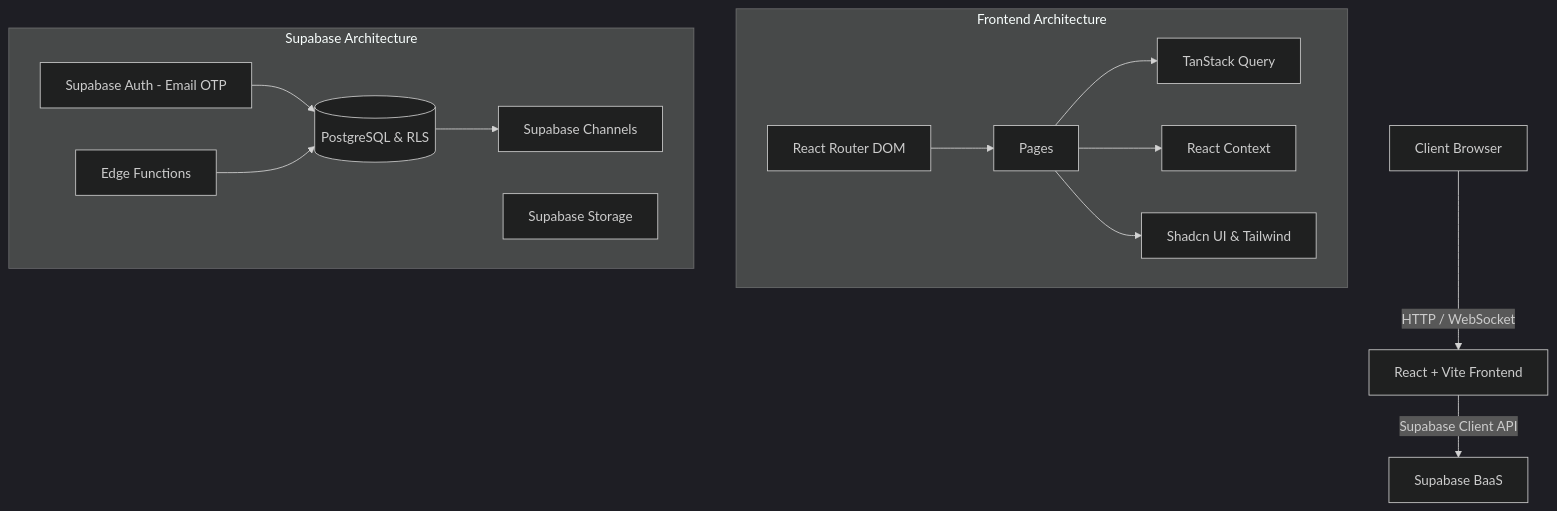
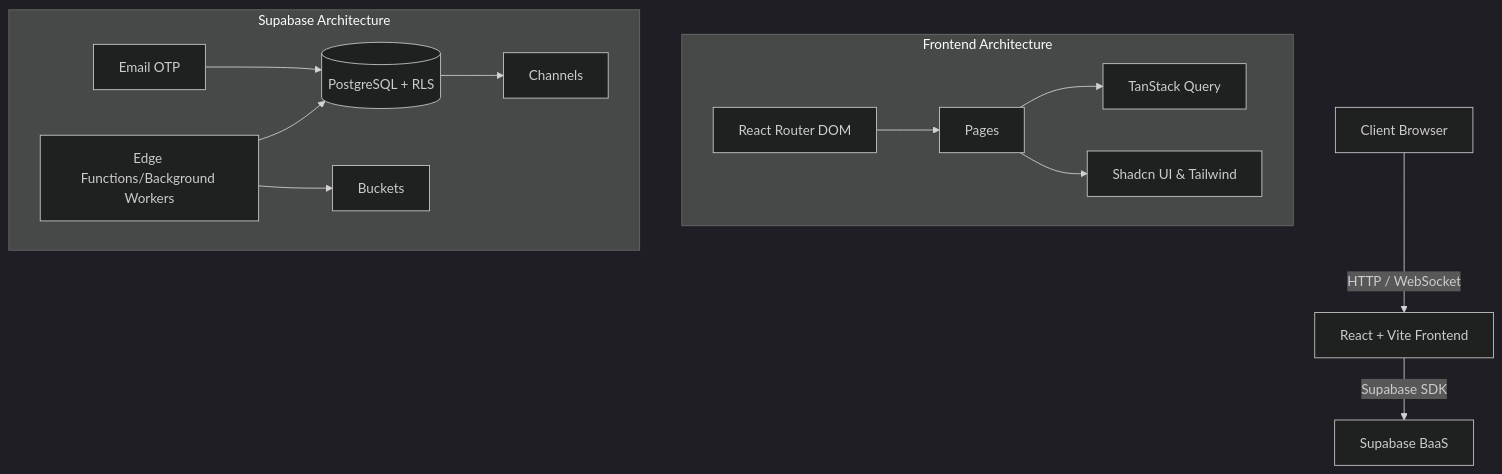
Before and after one commit to tuanfptu122005194908/tqmaster: the first of 2 diagrams in README.md, drawn with Mermaid (dark theme). The commit also changed other lines of this file, not shown here.

````diff
--- a/README.md
+++ b/README.md
@@ -66,24 +75,24 @@
 ```mermaid
 graph TD
     Client[Client Browser] -->|HTTP / WebSocket| Vite[React + Vite Frontend]
-    Vite -->|Supabase Client API| Supabase[Supabase BaaS]
+    Vite -->|Supabase SDK| Supabase[Supabase BaaS]
     
     subgraph Frontend [Frontend Architecture]
         Router[React Router DOM] --> Pages
         Pages --> ReactQuery[TanStack Query]
-        Pages --> Context[React Context]
         Pages --> UI[Shadcn UI & Tailwind]
     end
     
     subgraph Backend [Supabase Architecture]
-        Auth[Supabase Auth - Email OTP]
-        DB[(PostgreSQL & RLS)]
-        Realtime[Supabase Channels]
-        Storage[Supabase Storage]
-        EdgeFunc[Edge Functions]
+        Auth[Email OTP]
+        DB[(PostgreSQL + RLS)]
+        Realtime[Channels]
+        Storage[Buckets]
+        Workers[Edge Functions/Background Workers]
         
         Auth --> DB
         DB --> Realtime
-        EdgeFunc --> DB
+        Workers --> DB
+        Workers --> Storage
     end
 ```
````
